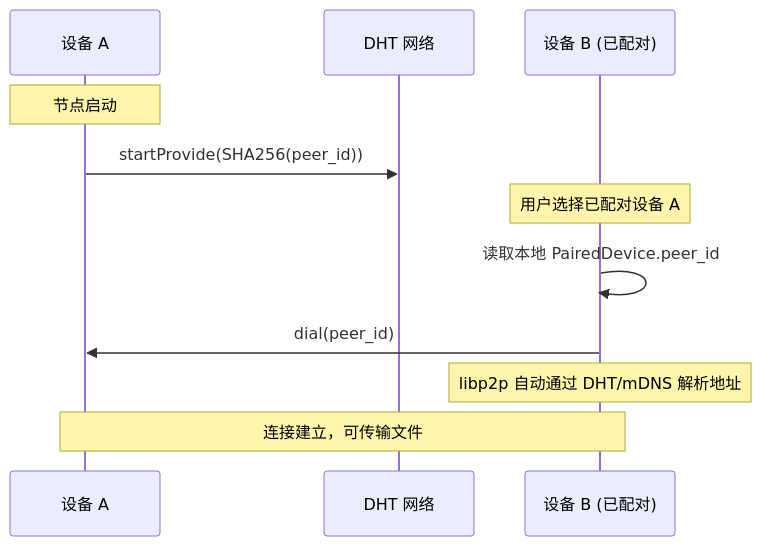
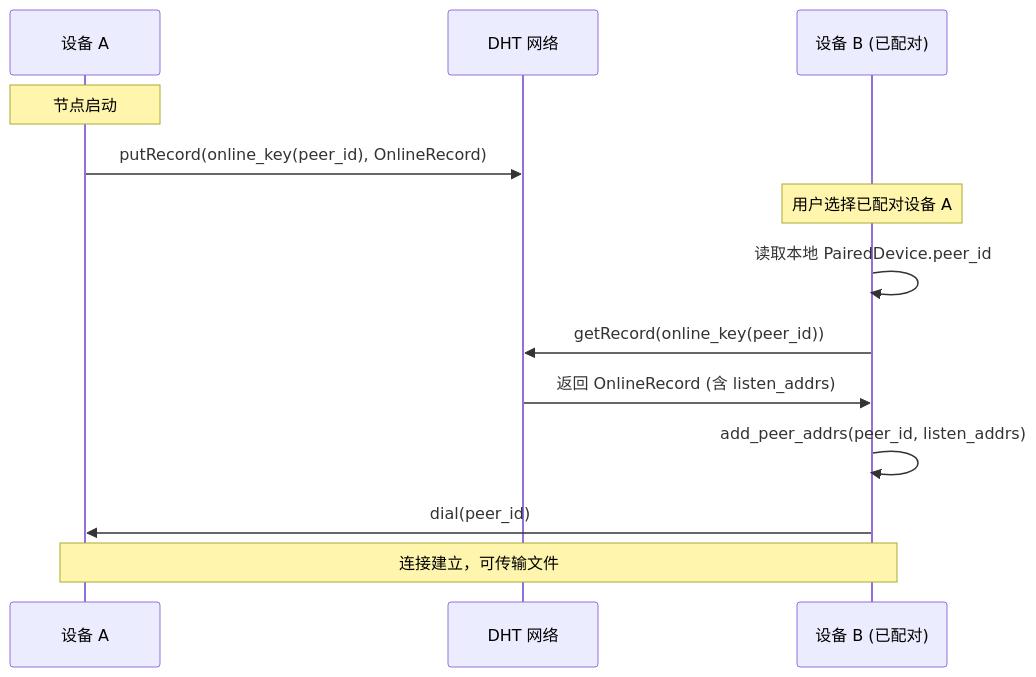
Before and after one commit to yexiyue/SwarmDrop: the fourth of 5 diagrams in dev-notes/design/pairing-implementation.md, drawn with Mermaid. The commit also changed other lines of this file and 3 other files, not shown here.

````diff
--- a/dev-notes/design/pairing-implementation.md
+++ b/dev-notes/design/pairing-implementation.md
@@ -360,16 +370,18 @@
 ```mermaid
 sequenceDiagram
     participant A as 设备 A
     participant DHT as DHT 网络
     participant B as 设备 B (已配对)
 
     Note over A: 节点启动
-    A->>DHT: startProvide(SHA256(peer_id))
+    A->>DHT: putRecord(online_key(peer_id), OnlineRecord)
 
     Note over B: 用户选择已配对设备 A
     B->>B: 读取本地 PairedDevice.peer_id
+    B->>DHT: getRecord(online_key(peer_id))
+    DHT->>B: 返回 OnlineRecord (含 listen_addrs)
+    B->>B: add_peer_addrs(peer_id, listen_addrs)
     B->>A: dial(peer_id)
-    Note over B: libp2p 自动通过 DHT/mDNS 解析地址
 
     Note over A,B: 连接建立，可传输文件
 ```
````
